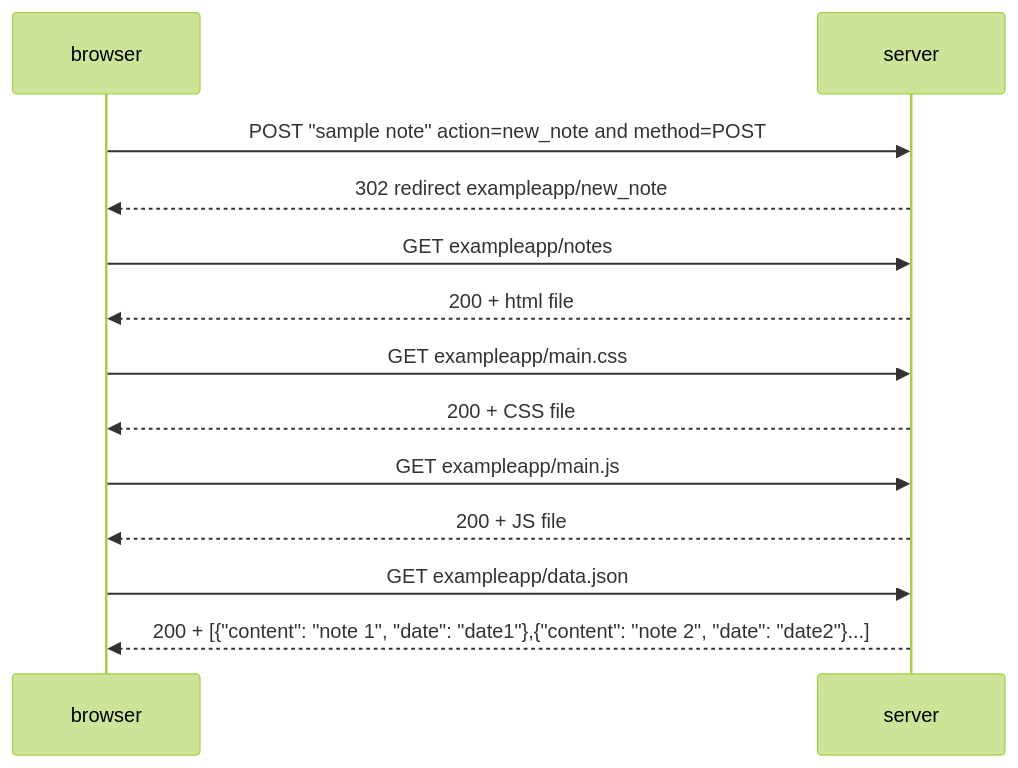
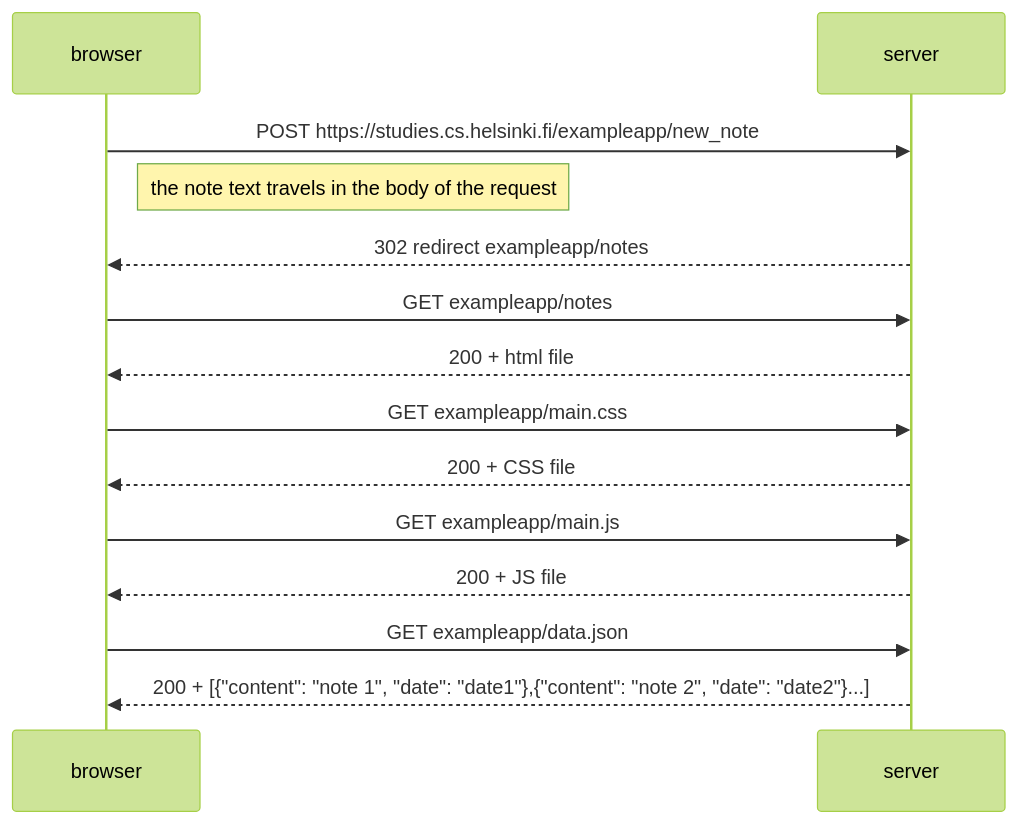
One commit to AndreArabejo/fullstack-open changed the diagram in part0/0.4-new-note-diagram.md. Above: the diagram before and after it, drawn with Mermaid (forest theme).

Commit message:
Revise sequence diagram for new note creation
Updated the sequence diagram to reflect the correct POST request URL and added a note about the request body.

````diff
--- a/part0/0.4-new-note-diagram.md
+++ b/part0/0.4-new-note-diagram.md
@@ -5,16 +5,17 @@
 ```mermaid
 sequenceDiagram
     participant browser
     participant server
 
-    browser->>server : POST "sample note" action=new_note and method=POST
-    server-->>browser : 302 redirect exampleapp/new_note
+    browser->>server :  POST https://studies.cs.helsinki.fi/exampleapp/new_note
+    Note right of browser: the note text travels in the body of the request
+    server-->>browser : 302 redirect exampleapp/notes
     browser->>server : GET exampleapp/notes
     server-->>browser : 200 + html file
     browser->>server : GET exampleapp/main.css
     server-->>browser : 200 + CSS file
     browser->>server : GET exampleapp/main.js
     server-->>browser: 200 + JS file
     browser->>server : GET exampleapp/data.json
     server-->>browser : 200 + [{"content": "note 1", "date": "date1"},{"content": "note 2", "date": "date2"}...]
 ```
````
